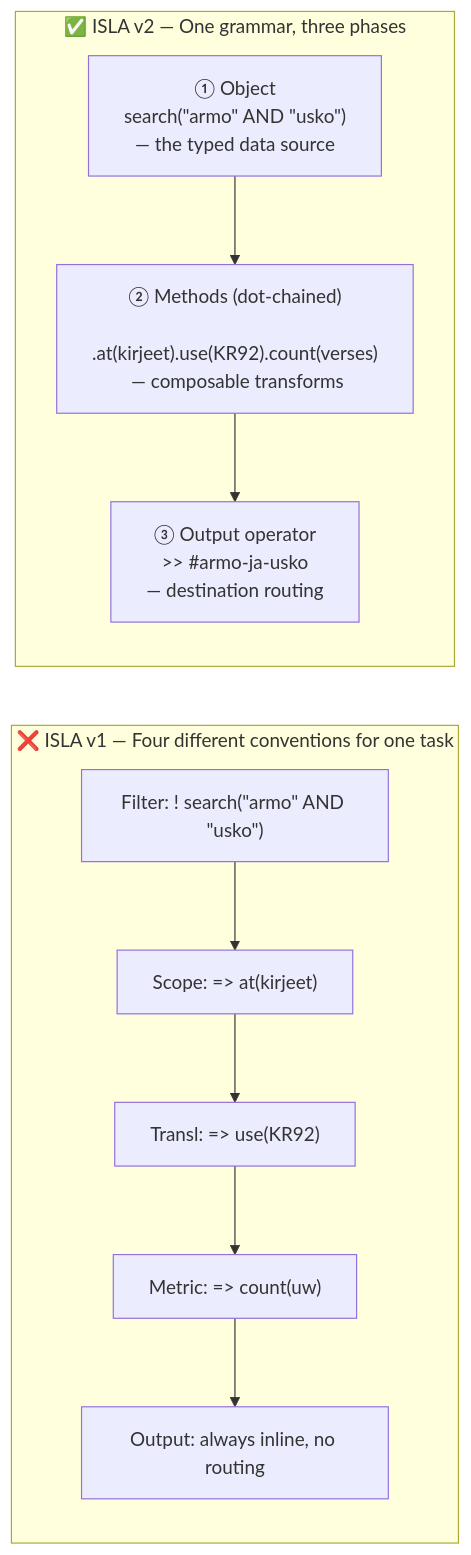
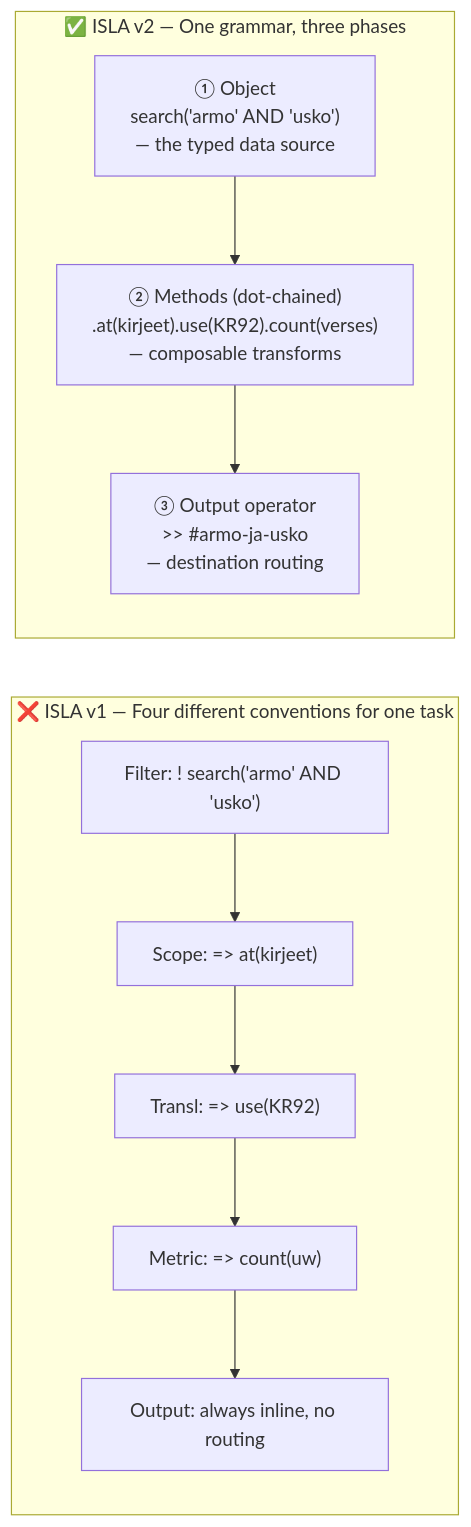
One commit to mvirtai/clible-v3-go changed the third of 4 diagrams in pr_stories/080-feat-isla-v2-object-method-dsl-architecture.md. Above: the diagram before and after it, drawn with Mermaid. The commit also changed other lines of this file, not shown here.

Commit message:
docs(pr): fix mermaid syntax quotes in pr story 080 for github rendering

````diff
--- a/pr_stories/080-feat-isla-v2-object-method-dsl-architecture.md
+++ b/pr_stories/080-feat-isla-v2-object-method-dsl-architecture.md
@@ -101,20 +101,20 @@
 ```mermaid
 flowchart LR
     subgraph V1["❌ ISLA v1 — Four different conventions for one task"]
         direction TB
-        V1A["Scope:  =&gt; at(kirjeet)"]
-        V1B["Filter: ! search(&quot;armo&quot; AND &quot;usko&quot;)"]
-        V1C["Transl: =&gt; use(KR92)"]
-        V1D["Metric: =&gt; count(uw)"]
+        V1A["Scope: => at(kirjeet)"]
+        V1B["Filter: ! search('armo' AND 'usko')"]
+        V1C["Transl: => use(KR92)"]
+        V1D["Metric: => count(uw)"]
         V1E["Output: always inline, no routing"]
         V1B --> V1A --> V1C --> V1D --> V1E
     end
 
     subgraph V2["✅ ISLA v2 — One grammar, three phases"]
         direction TB
-        OBJ["① Object\n search(&quot;armo&quot; AND &quot;usko&quot;)\n — the typed data source"]
-        MTH["② Methods (dot-chained)\n .at(kirjeet).use(KR92).count(verses)\n — composable transforms"]
-        OUT["③ Output operator\n &gt;&gt; #armo-ja-usko\n — destination routing"]
+        OBJ["① Object<br/>search('armo' AND 'usko')<br/>— the typed data source"]
+        MTH["② Methods (dot-chained)<br/>.at(kirjeet).use(KR92).count(verses)<br/>— composable transforms"]
+        OUT["③ Output operator<br/>>> #armo-ja-usko<br/>— destination routing"]
         OBJ --> MTH --> OUT
     end
 ```
````
